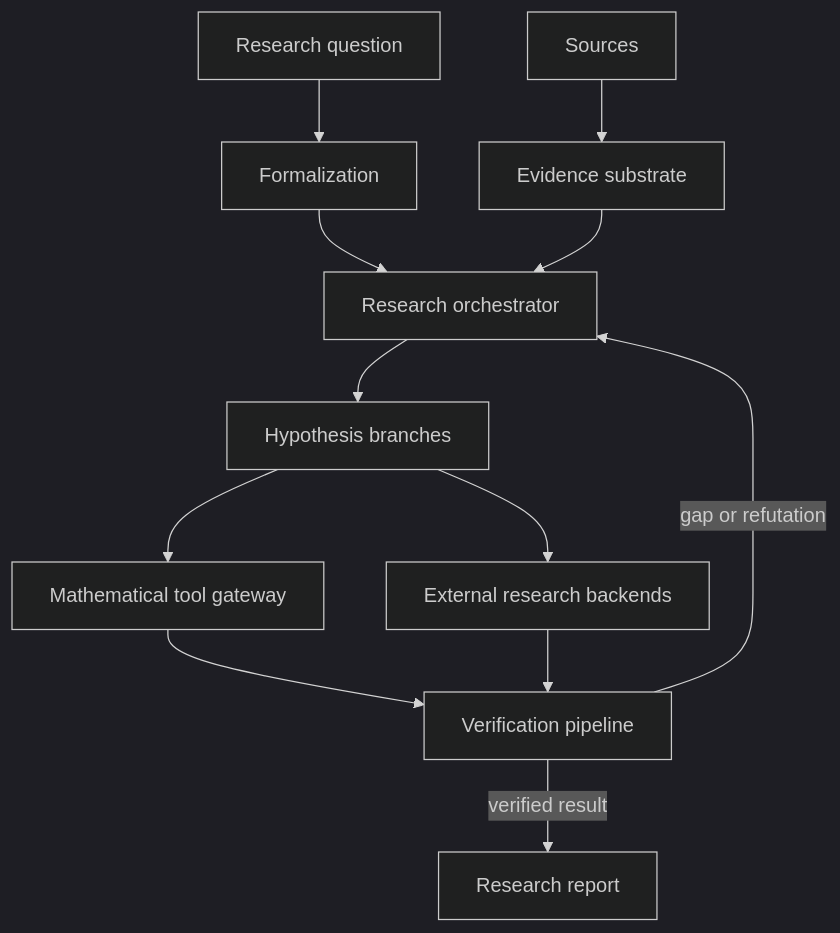
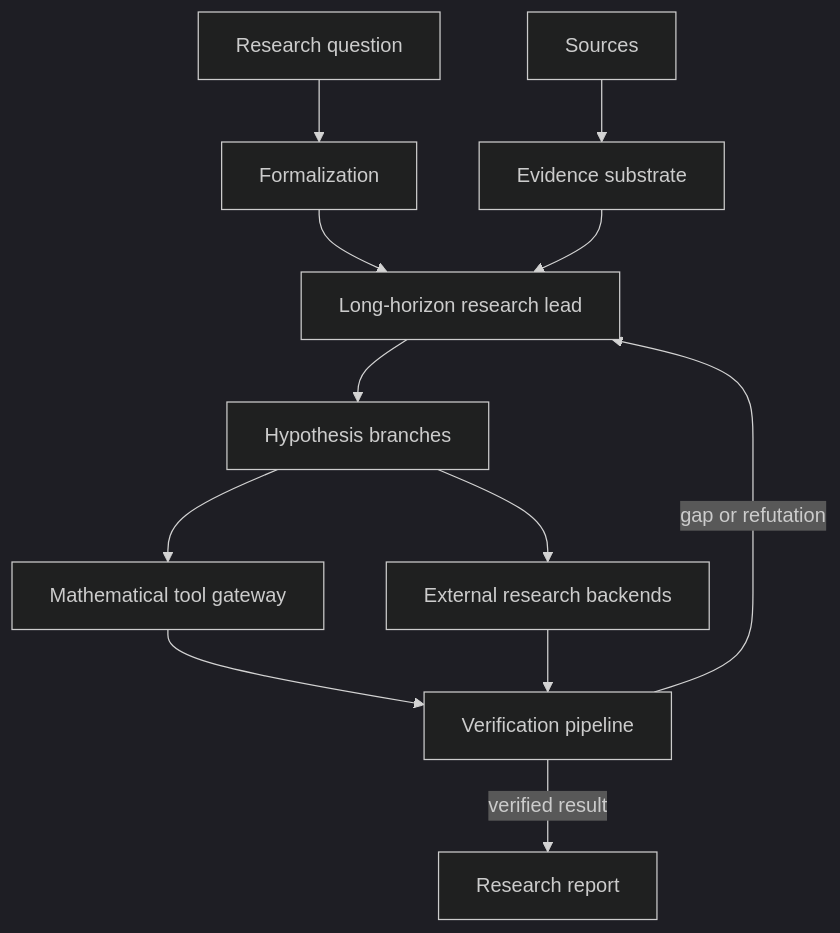
One commit to jketts/AdaIvy changed the diagram in README.md. Above: the diagram before and after it, drawn with Mermaid (dark theme). The commit also changed other lines of this file and 132 other files, not shown here.

````diff
--- a/README.md
+++ b/README.md
@@ -78,14 +79,14 @@
 ```mermaid
 flowchart TD
     A["Research question"] --> B["Formalization"]
-    B --> C["Research orchestrator"]
+    B --> C["Long-horizon research lead"]
     D["Sources"] --> E["Evidence substrate"]
     E --> C
     C --> F["Hypothesis branches"]
     F --> G["Mathematical tool gateway"]
     F --> J["External research backends"]
     G --> H["Verification pipeline"]
     J --> H
     H -->|"gap or refutation"| C
     H -->|"verified result"| I["Research report"]
 ```
````
